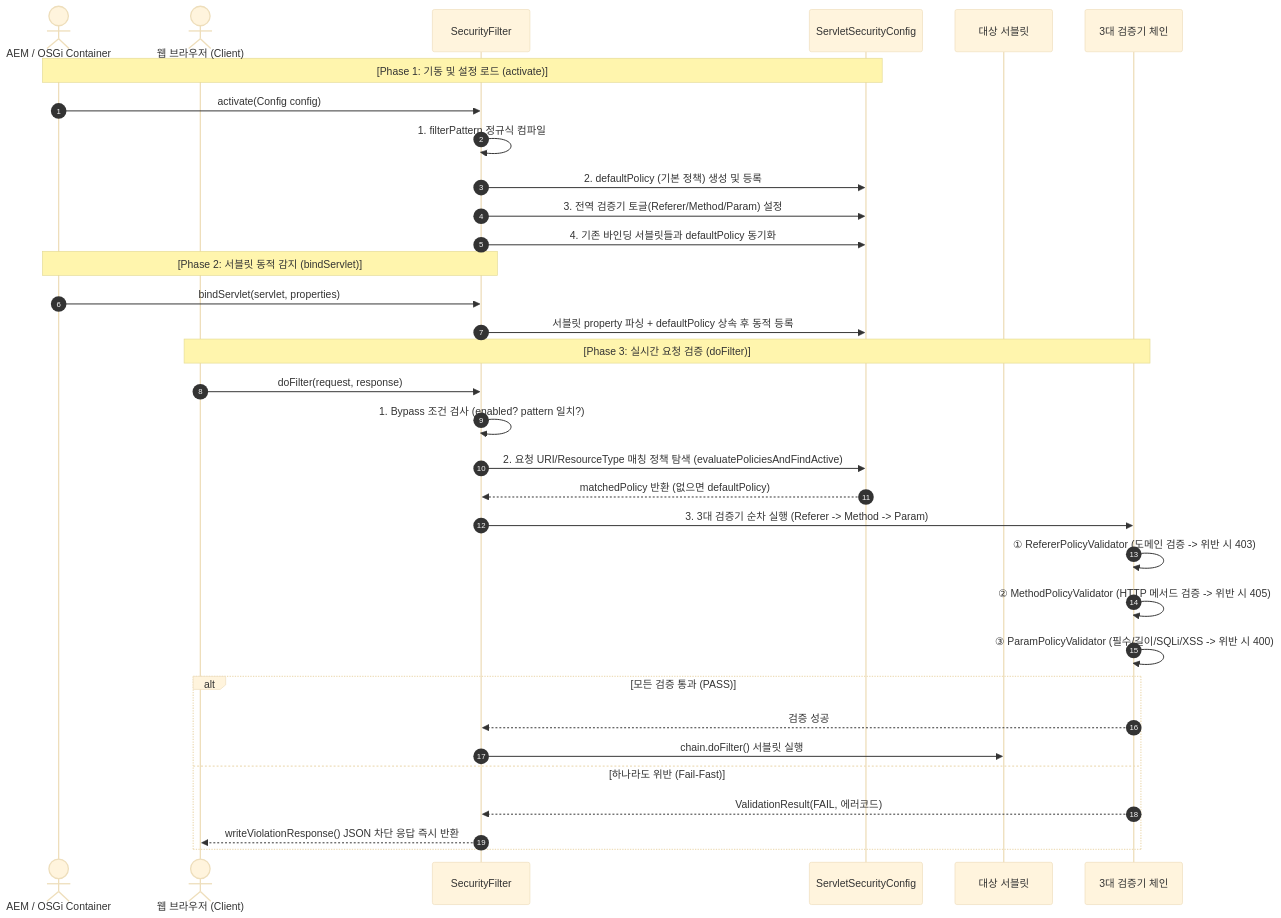
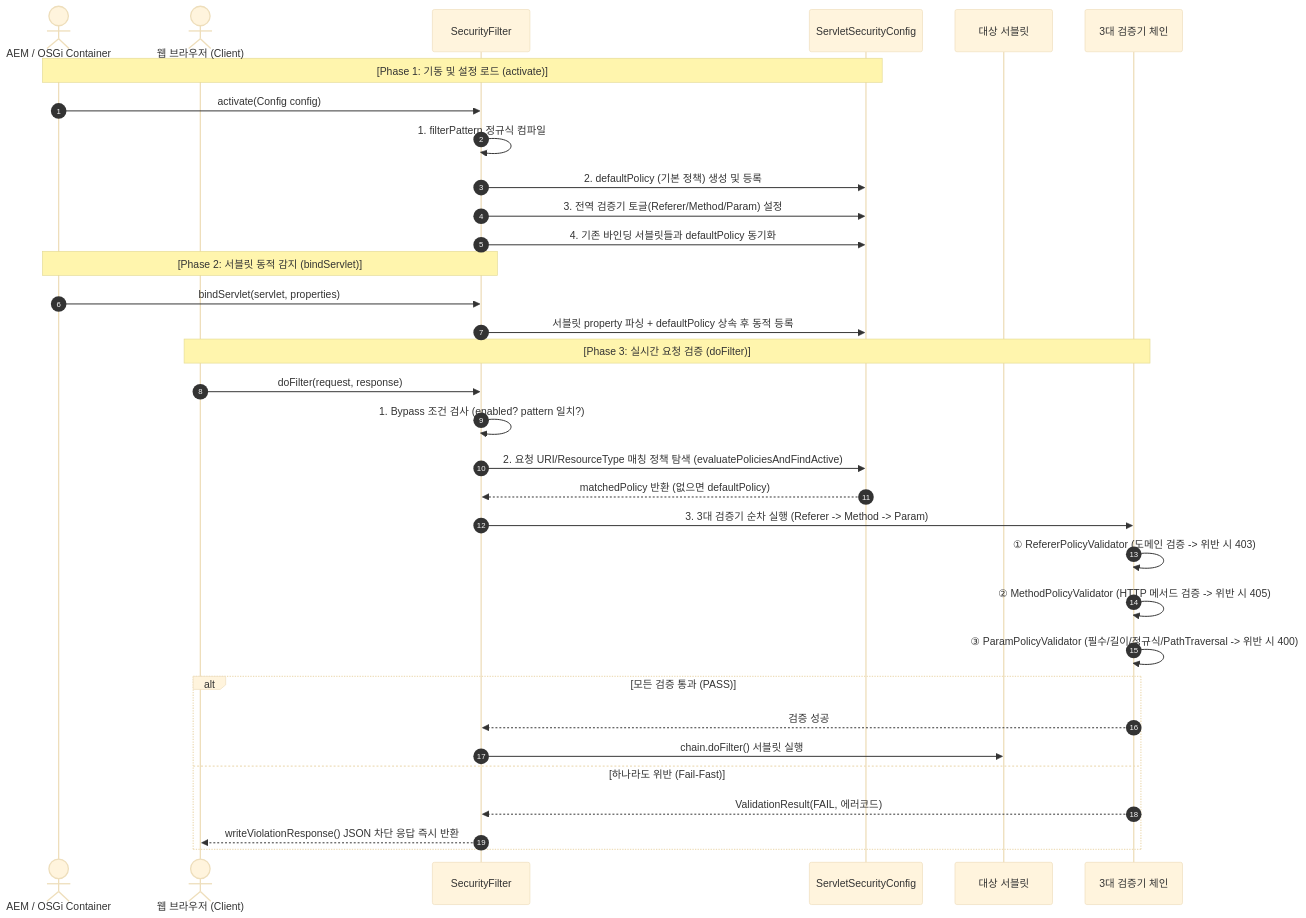
The first of 2 diagrams in README.md (suafafa/security-simple), drawn with Mermaid (base theme) before and after one commit. The commit also changed other lines of this file and 15 other files, not shown here.

Commit message:
feat: Add bundle-scoped EndpointPolicyRegistry (.cfg.json) with JSON array policies and remove SQLi/XSS checks

````diff
--- a/README.md
+++ b/README.md
@@ -33,40 +33,40 @@
 ```mermaid
 sequenceDiagram
     autonumber
     actor OSGi as AEM / OSGi Container
     actor Client as 웹 브라우저 (Client)
     participant Filter as SecurityFilter
     participant Config as ServletSecurityConfig
     participant Servlet as 대상 서블릿
     participant Chain as 3대 검증기 체인
 
     Note over OSGi, Config: [Phase 1: 기동 및 설정 로드 (activate)]
     OSGi->>Filter: activate(Config config)
     Filter->>Filter: 1. filterPattern 정규식 컴파일
     Filter->>Config: 2. defaultPolicy (기본 정책) 생성 및 등록
     Filter->>Config: 3. 전역 검증기 토글(Referer/Method/Param) 설정
     Filter->>Config: 4. 기존 바인딩 서블릿들과 defaultPolicy 동기화
 
     Note over OSGi, Filter: [Phase 2: 서블릿 동적 감지 (bindServlet)]
     OSGi->>Filter: bindServlet(servlet, properties)
     Filter->>Config: 서블릿 property 파싱 + defaultPolicy 상속 후 동적 등록
 
     Note over Client, Chain: [Phase 3: 실시간 요청 검증 (doFilter)]
     Client->>Filter: doFilter(request, response)
     Filter->>Filter: 1. Bypass 조건 검사 (enabled? pattern 일치?)
     Filter->>Config: 2. 요청 URI/ResourceType 매칭 정책 탐색 (evaluatePoliciesAndFindActive)
     Config-->>Filter: matchedPolicy 반환 (없으면 defaultPolicy)
 
     Filter->>Chain: 3. 3대 검증기 순차 실행 (Referer -> Method -> Param)
     Chain->>Chain: ① RefererPolicyValidator (도메인 검증 -> 위반 시 403)
     Chain->>Chain: ② MethodPolicyValidator (HTTP 메서드 검증 -> 위반 시 405)
-    Chain->>Chain: ③ ParamPolicyValidator (필수/길이/SQLi/XSS -> 위반 시 400)
+    Chain->>Chain: ③ ParamPolicyValidator (필수/길이/정규식/PathTraversal -> 위반 시 400)
 
     alt 모든 검증 통과 (PASS)
         Chain-->>Filter: 검증 성공
         Filter->>Servlet: chain.doFilter() 서블릿 실행
     else 하나라도 위반 (Fail-Fast)
         Chain-->>Filter: ValidationResult(FAIL, 에러코드)
         Filter-->>Client: writeViolationResponse() JSON 차단 응답 즉시 반환
     end
 ```
````
